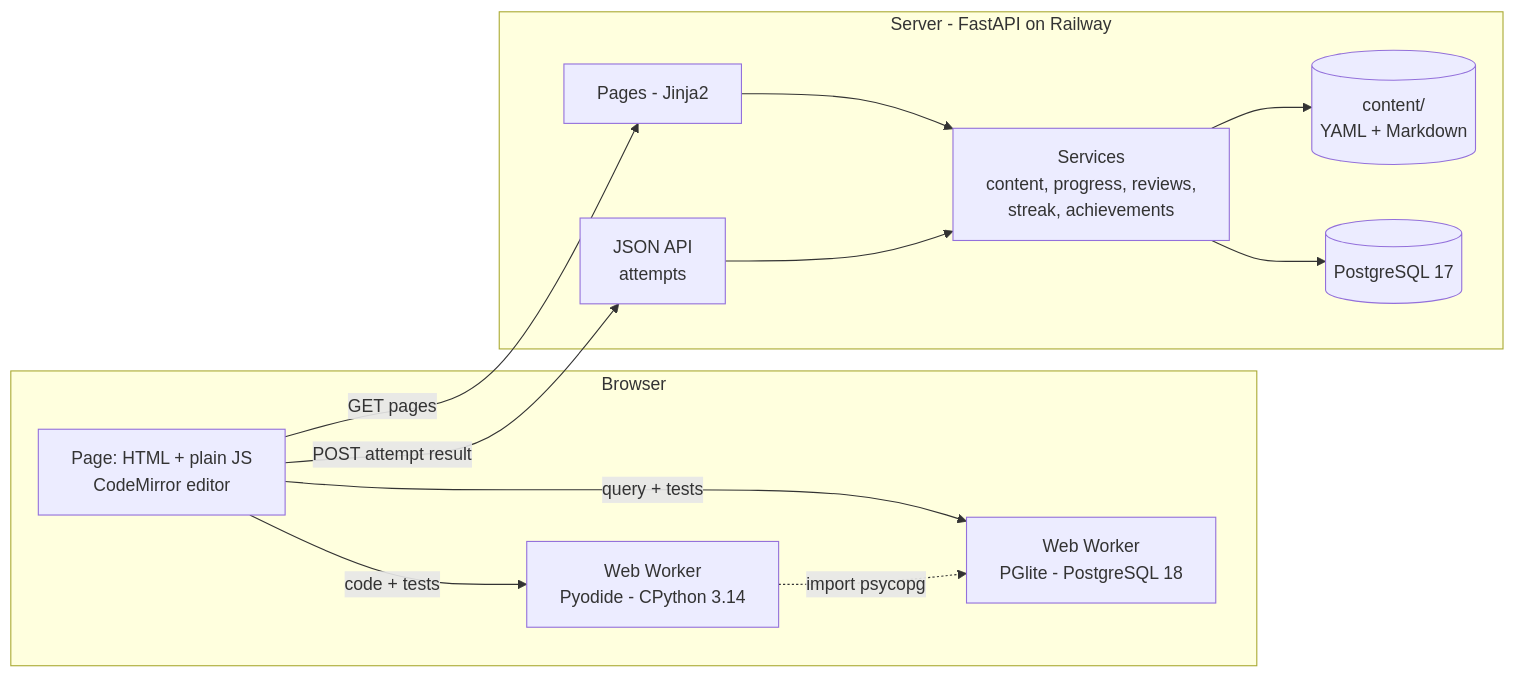
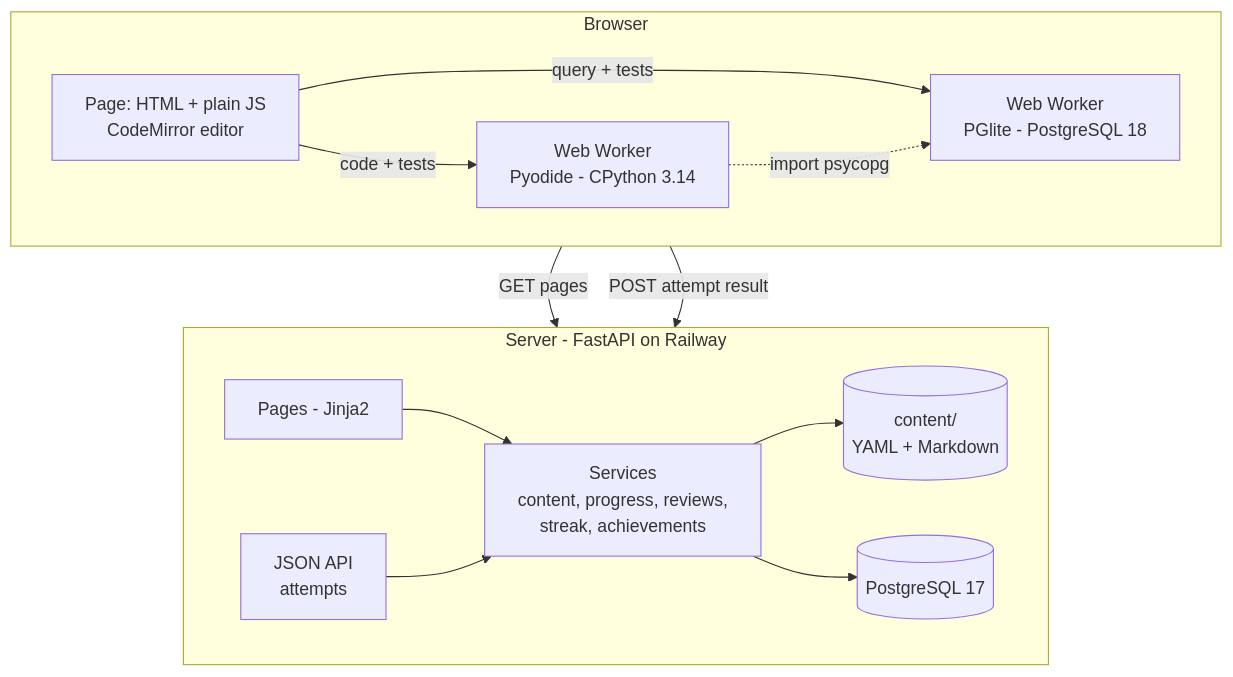
Before and after one commit to ilucasoliveira/beyondpy-showcase: the diagram in docs/architecture.md, drawn with Mermaid.

Commit message:
docs: make the architecture diagram readable
Stack the boxes top to bottom so GitHub does not shrink the text.

Claude-Session: https://claude.ai/code/session_01TLMx4Tq45iNCKt2DLf6Wrp

````diff
--- a/docs/architecture.md
+++ b/docs/architecture.md
@@ -8,26 +8,28 @@
 ```mermaid
-flowchart LR
+flowchart TB
     subgraph Browser
+        direction LR
         Page[Page: HTML + plain JS<br>CodeMirror editor]
         PyWorker[Web Worker<br>Pyodide - CPython 3.14]
         SqlWorker[Web Worker<br>PGlite - PostgreSQL 18]
         Page -- code + tests --> PyWorker
         Page -- query + tests --> SqlWorker
         PyWorker -. "import psycopg" .-> SqlWorker
     end
 
     subgraph Server [Server - FastAPI on Railway]
+        direction LR
         Routes[Pages - Jinja2]
         API[JSON API<br>attempts]
         Services[Services<br>content, progress, reviews,<br>streak, achievements]
         Content[(content/<br>YAML + Markdown)]
         DB[(PostgreSQL 17)]
         Routes --> Services
         API --> Services
         Services --> Content
         Services --> DB
     end
 
     Page -- GET pages --> Routes
     Page -- POST attempt result --> API
 ```
````
